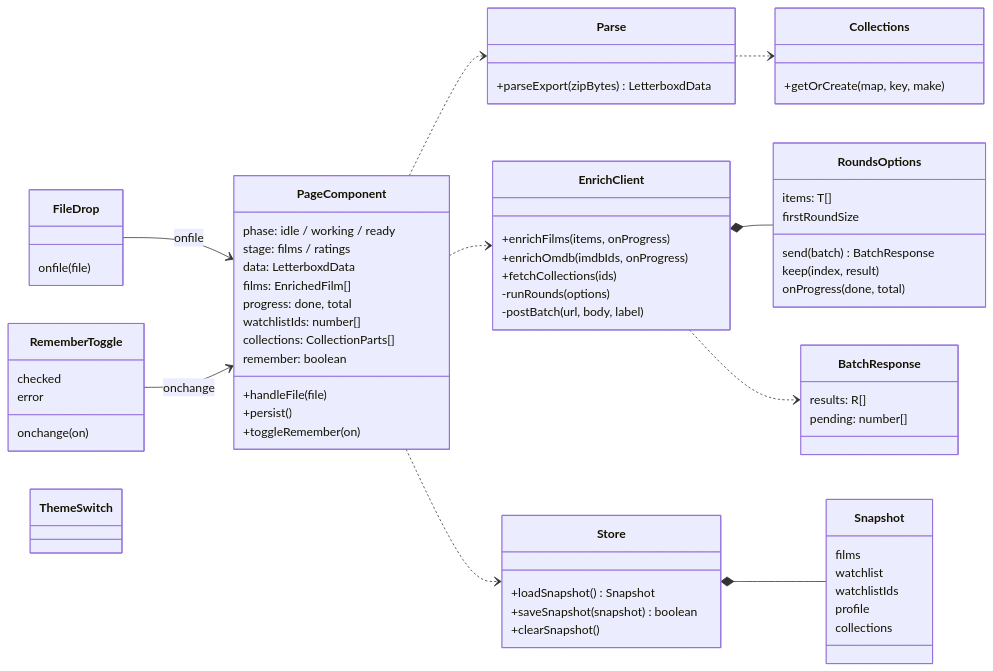
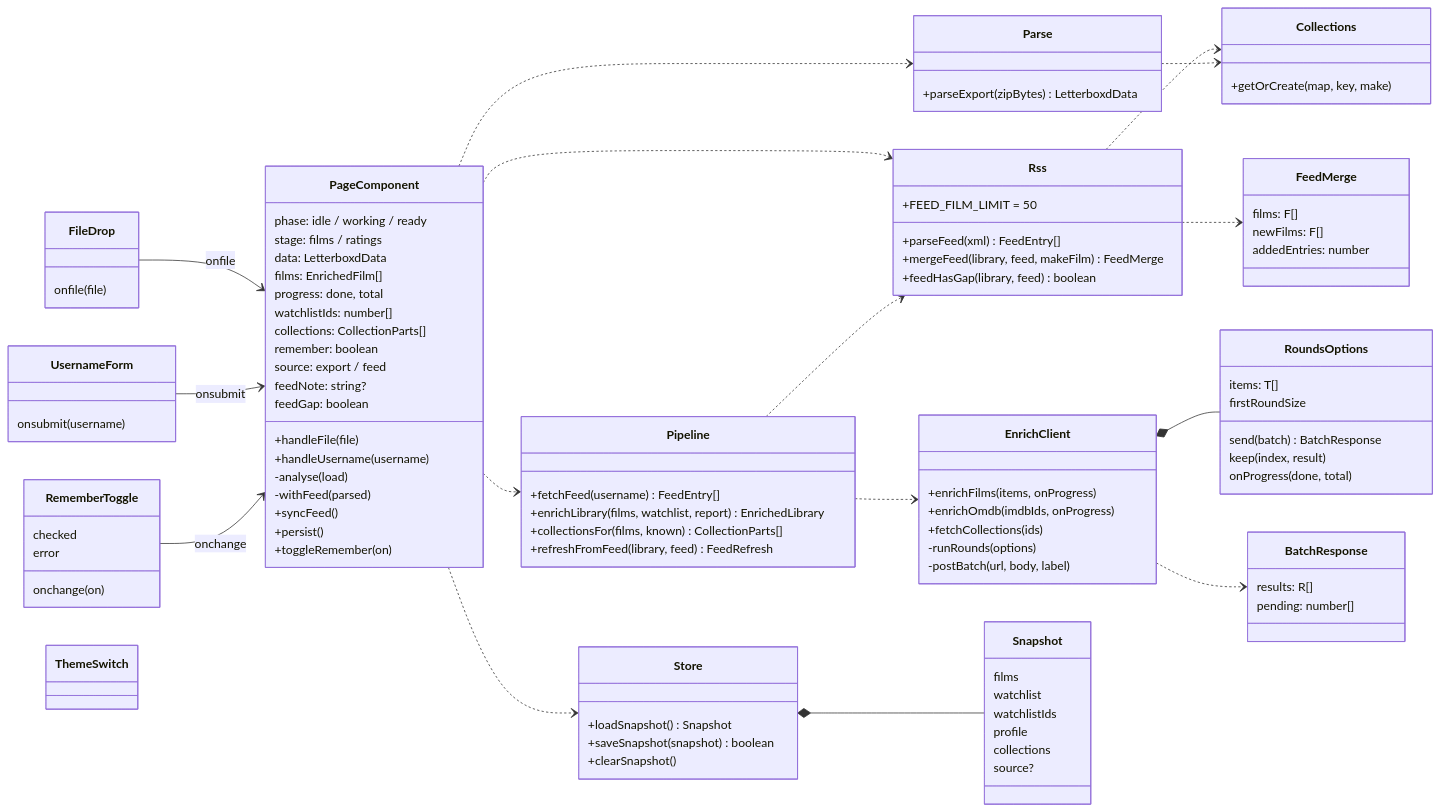
One commit to LaurinSorgend/letterboxd-vizard changed diagram 15 of 26 in docs/ARCHITECTURE.md. Above: the diagram before and after it, drawn with Mermaid. The commit also changed other lines of this file, not shown here.

Commit message:
Document the username and RSS feed paths in the architecture doc

```diff
--- a/docs/ARCHITECTURE.md
+++ b/docs/ARCHITECTURE.md
@@ -563,12 +620,39 @@
         watchlistIds: number[]
         collections: CollectionParts[]
         remember: boolean
+        source: export / feed
+        feedNote: string?
+        feedGap: boolean
         +handleFile(file)
+        +handleUsername(username)
+        -analyse(load)
+        -withFeed(parsed)
+        +syncFeed()
         +persist()
         +toggleRemember(on)
     }
     class Parse {
         +parseExport(zipBytes) LetterboxdData
+    }
+    class Rss {
+        +FEED_FILM_LIMIT = 50
+        +parseFeed(xml) FeedEntry[]
+        +mergeFeed(library, feed, makeFilm) FeedMerge
+        +feedHasGap(library, feed) boolean
+    }
+    class FeedMerge {
+        films: F[]
+        newFilms: F[]
+        addedEntries: number
+    }
+    class Pipeline {
+        +fetchFeed(username) FeedEntry[]
+        +enrichLibrary(films, watchlist, report) EnrichedLibrary
+        +collectionsFor(films, known) CollectionParts[]
+        +refreshFromFeed(library, feed) FeedRefresh
+    }
+    class UsernameForm {
+        onsubmit(username)
     }
     class EnrichClient {
         +enrichFilms(items, onProgress)
@@ -599,6 +683,7 @@
         watchlistIds
         profile
         collections
+        source?
     }
     class Collections {
         +getOrCreate(map, key, make)
@@ -615,10 +700,16 @@
     }
 
     FileDrop --> PageComponent : onfile
+    UsernameForm --> PageComponent : onsubmit
     RememberToggle --> PageComponent : onchange
     PageComponent ..> Parse
-    PageComponent ..> EnrichClient
+    PageComponent ..> Rss
+    PageComponent ..> Pipeline
     PageComponent ..> Store
+    Pipeline ..> EnrichClient
+    Pipeline ..> Rss
+    Rss ..> FeedMerge
+    Rss ..> Collections
     Parse ..> Collections
     EnrichClient *-- RoundsOptions
     EnrichClient ..> BatchResponse
```
